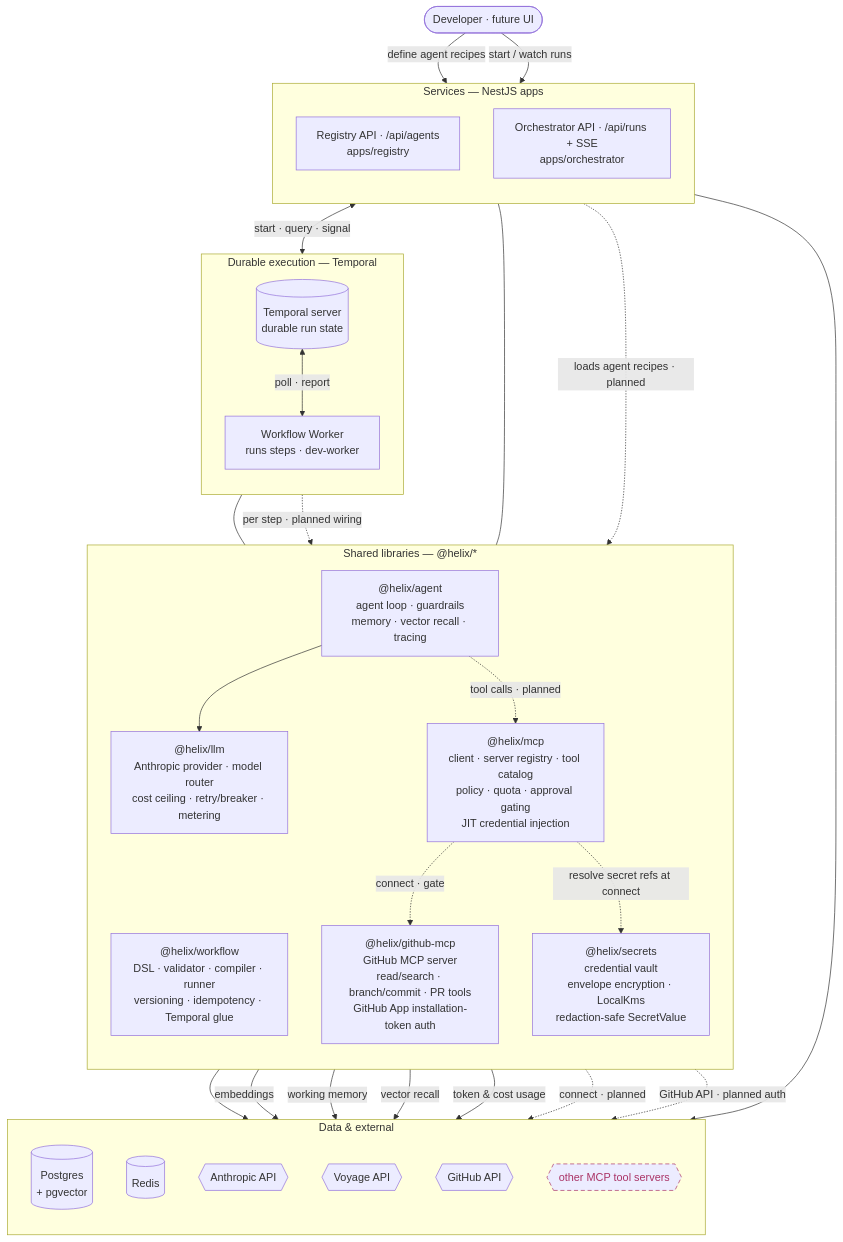
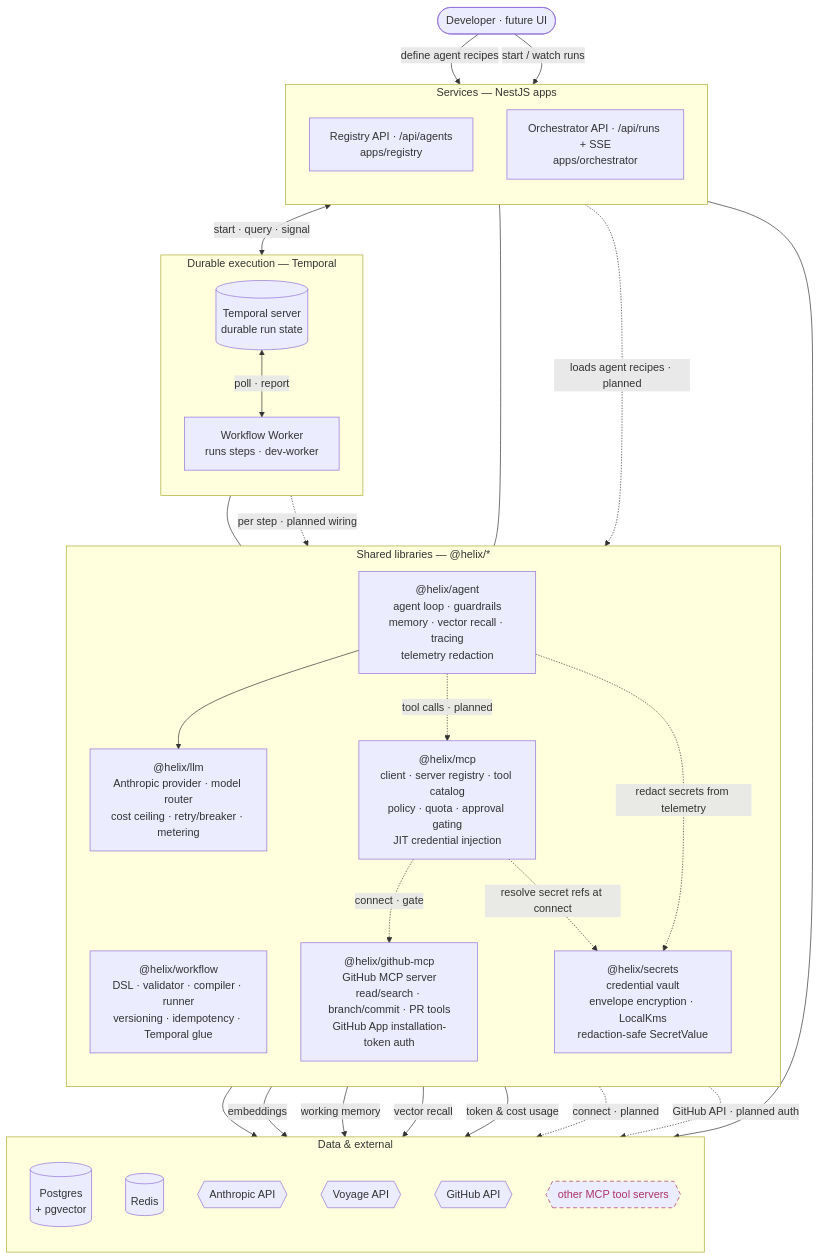
One commit to shhashhank/helix changed the first of 2 diagrams in docs/ARCHITECTURE.md. Above: the diagram before and after it, drawn with Mermaid. The commit also changed other lines of this file and 8 other files, not shown here.

First line of the commit message:
HELIX-92: trace/log redaction — scrub secrets from telemetry (#53)

````diff
--- a/docs/ARCHITECTURE.md
+++ b/docs/ARCHITECTURE.md
@@ -16,60 +16,61 @@
 ```mermaid
 flowchart TB
   user([Developer · future UI])
 
   subgraph svc["Services — NestJS apps"]
     direction TB
     reg["Registry API · /api/agents<br/>apps/registry"]
     orc["Orchestrator API · /api/runs + SSE<br/>apps/orchestrator"]
   end
 
   subgraph dur["Durable execution — Temporal"]
     direction TB
     tmp[("Temporal server<br/>durable run state")]
     wkr["Workflow Worker<br/>runs steps · dev-worker"]
   end
 
   subgraph lib["Shared libraries — @helix/*"]
     direction TB
     wf["@helix/workflow<br/>DSL · validator · compiler · runner<br/>versioning · idempotency · Temporal glue"]
-    ag["@helix/agent<br/>agent loop · guardrails<br/>memory · vector recall · tracing"]
+    ag["@helix/agent<br/>agent loop · guardrails<br/>memory · vector recall · tracing<br/>telemetry redaction"]
     lm["@helix/llm<br/>Anthropic provider · model router<br/>cost ceiling · retry/breaker · metering"]
     mc["@helix/mcp<br/>client · server registry · tool catalog<br/>policy · quota · approval gating<br/>JIT credential injection"]
     gh["@helix/github-mcp<br/>GitHub MCP server<br/>read/search · branch/commit · PR tools<br/>GitHub App installation-token auth"]
     sec["@helix/secrets<br/>credential vault<br/>envelope encryption · LocalKms<br/>redaction-safe SecretValue"]
   end
 
   subgraph dat["Data & external"]
     direction TB
     pg[("Postgres<br/>+ pgvector")]
     rd[("Redis")]
     an{{Anthropic API}}
     vo{{Voyage API}}
     gha{{GitHub API}}
     ext{{other MCP tool servers}}
   end
 
   user -->|define agent recipes| reg
   user -->|start / watch runs| orc
   reg --> pg
   orc <-->|start · query · signal| tmp
   tmp <-->|poll · report| wkr
   wkr --- wf
   orc --- wf
   wkr -.->|per step · planned wiring| ag
   reg -.->|loads agent recipes · planned| ag
   ag --> lm
   ag -.->|tool calls · planned| mc
   lm --> an
   ag -->|embeddings| vo
   ag -->|working memory| rd
   ag -->|vector recall| pg
   lm -->|token & cost usage| pg
   mc -.->|connect · gate| gh
   mc -.->|connect · planned| ext
   mc -.->|resolve secret refs at connect| sec
+  ag -.->|redact secrets from telemetry| sec
   gh -.->|GitHub API · planned auth| gha
 
   classDef planned stroke-dasharray:6 4,stroke:#a36,color:#a36;
   class ext planned;
 ```
````
